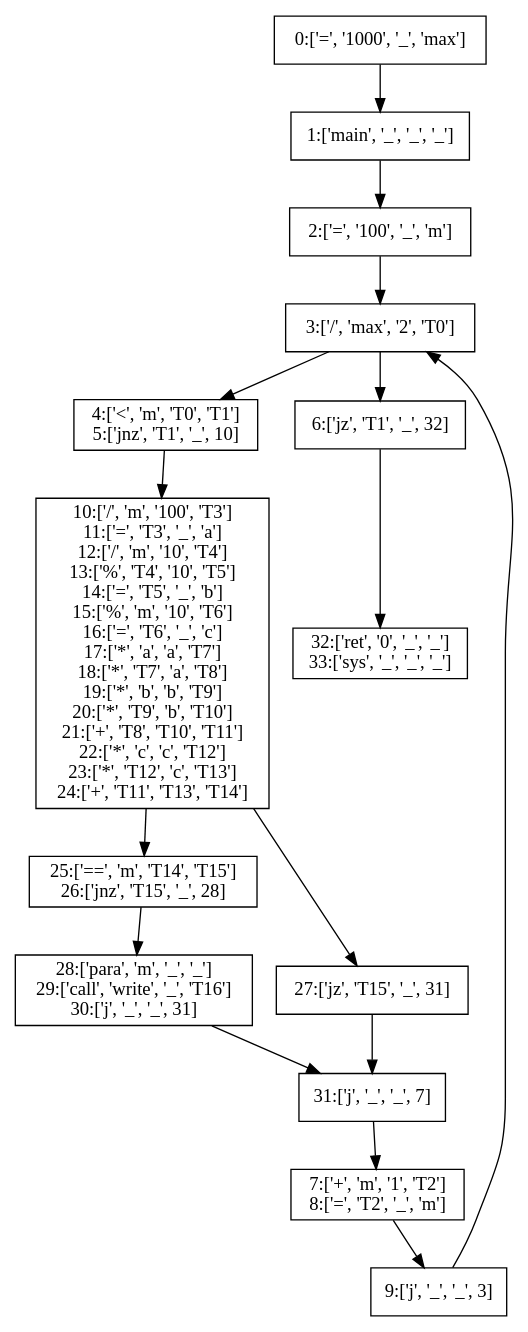
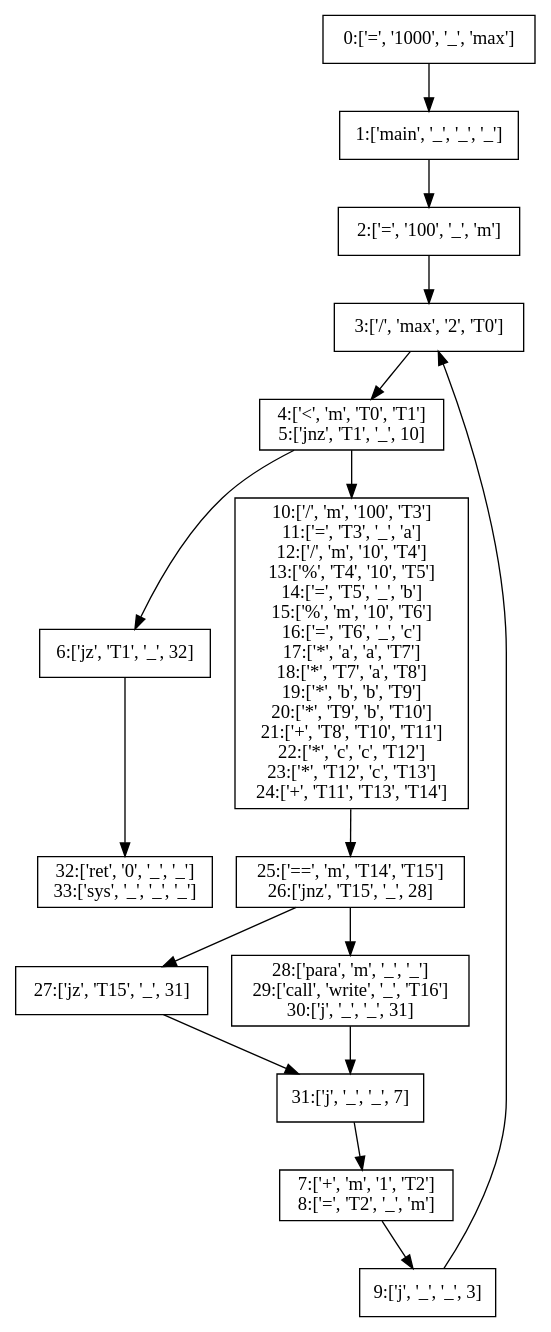
Before and after one commit to hutao99/compiler: the diagram in Basic_Block/basic_block.gv, drawn with Graphviz. The commit also changed 5 other files, not shown here.

```diff
--- a/Basic_Block/basic_block.gv
+++ b/Basic_Block/basic_block.gv
@@ -1,66 +1,66 @@
 // Basic_Block
 digraph "./Basic_Block/basic_block" {
 	0 [label="0:['=', '1000', '_', 'max']
 " fontname=SimHei shape=rectangle]
 	1 [label="1:['main', '_', '_', '_']
 " fontname=SimHei shape=rectangle]
 	2 [label="2:['=', '100', '_', 'm']
 " fontname=SimHei shape=rectangle]
 	3 [label="3:['/', 'max', '2', 'T0']
 " fontname=SimHei shape=rectangle]
 	4 [label="4:['<', 'm', 'T0', 'T1']
 5:['jnz', 'T1', '_', 10]
 " fontname=SimHei shape=rectangle]
 	5 [label="6:['jz', 'T1', '_', 32]
 " fontname=SimHei shape=rectangle]
 	6 [label="7:['+', 'm', '1', 'T2']
 8:['=', 'T2', '_', 'm']
 " fontname=SimHei shape=rectangle]
 	7 [label="9:['j', '_', '_', 3]
 " fontname=SimHei shape=rectangle]
 	8 [label="10:['/', 'm', '100', 'T3']
 11:['=', 'T3', '_', 'a']
 12:['/', 'm', '10', 'T4']
 13:['%', 'T4', '10', 'T5']
 14:['=', 'T5', '_', 'b']
 15:['%', 'm', '10', 'T6']
 16:['=', 'T6', '_', 'c']
 17:['*', 'a', 'a', 'T7']
 18:['*', 'T7', 'a', 'T8']
 19:['*', 'b', 'b', 'T9']
 20:['*', 'T9', 'b', 'T10']
 21:['+', 'T8', 'T10', 'T11']
 22:['*', 'c', 'c', 'T12']
 23:['*', 'T12', 'c', 'T13']
 24:['+', 'T11', 'T13', 'T14']
 " fontname=SimHei shape=rectangle]
 	9 [label="25:['==', 'm', 'T14', 'T15']
 26:['jnz', 'T15', '_', 28]
 " fontname=SimHei shape=rectangle]
 	10 [label="27:['jz', 'T15', '_', 31]
 " fontname=SimHei shape=rectangle]
 	11 [label="28:['para', 'm', '_', '_']
 29:['call', 'write', '_', 'T16']
 30:['j', '_', '_', 31]
 " fontname=SimHei shape=rectangle]
 	12 [label="31:['j', '_', '_', 7]
 " fontname=SimHei shape=rectangle]
 	13 [label="32:['ret', '0', '_', '_']
 33:['sys', '_', '_', '_']
 " fontname=SimHei shape=rectangle]
 	0 -> 1
 	1 -> 2
 	2 -> 3
 	3 -> 4
 	4 -> 8
-	3 -> 5
+	4 -> 5
 	5 -> 13
 	6 -> 7
 	7 -> 3
 	8 -> 9
 	9 -> 11
-	8 -> 10
+	9 -> 10
 	10 -> 12
 	11 -> 12
 	12 -> 6
 }
```
